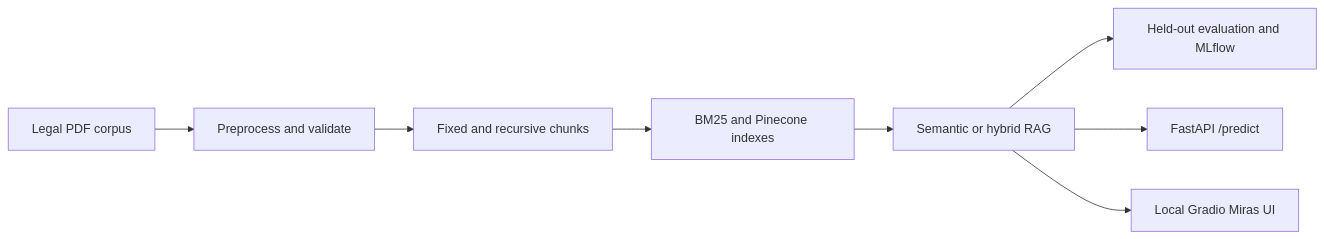
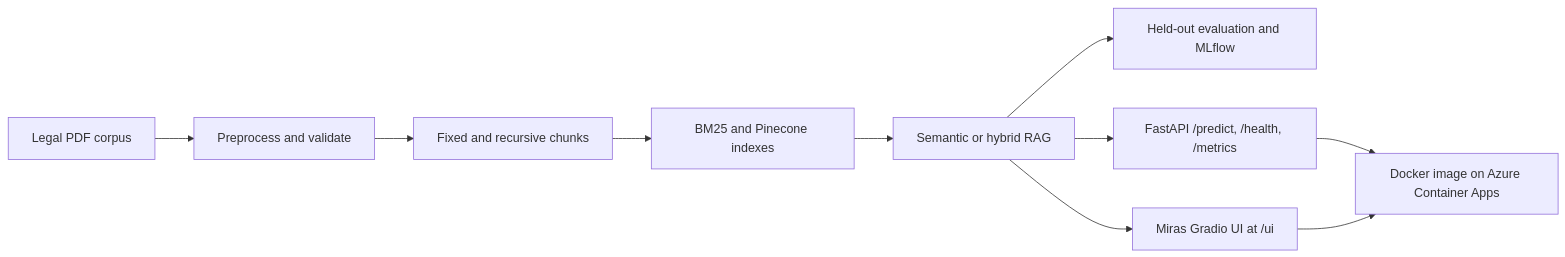
Before and after one commit to karnage4/MLOps-for-Legal-Aid-RAG-pipeline: the diagram in README.md, drawn with Mermaid. The commit also changed other lines of this file and 13 other files, not shown here.

````diff
--- a/README.md
+++ b/README.md
@@ -7,10 +7,12 @@
 ```mermaid
 flowchart LR
     A[Legal PDF corpus] --> B[Preprocess and validate]
     B --> C[Fixed and recursive chunks]
     C --> D[BM25 and Pinecone indexes]
     D --> E[Semantic or hybrid RAG]
     E --> F[Held-out evaluation and MLflow]
-    E --> G[FastAPI /predict]
-    E --> H[Local Gradio Miras UI]
+    E --> G[FastAPI /predict, /health, /metrics]
+    E --> H[Miras Gradio UI at /ui]
+    G --> I[Docker image on Azure Container Apps]
+    H --> I
 ```
````
